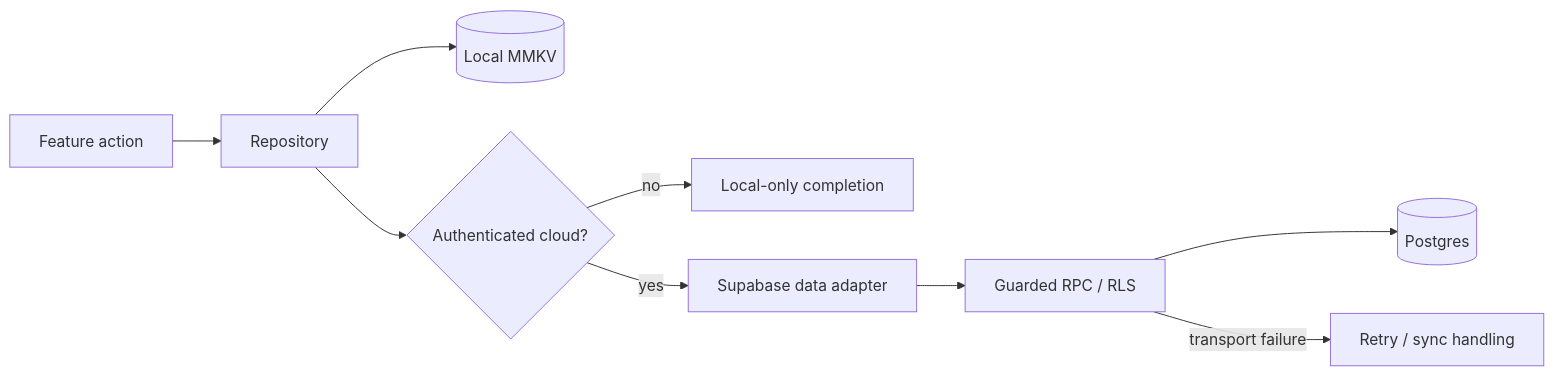
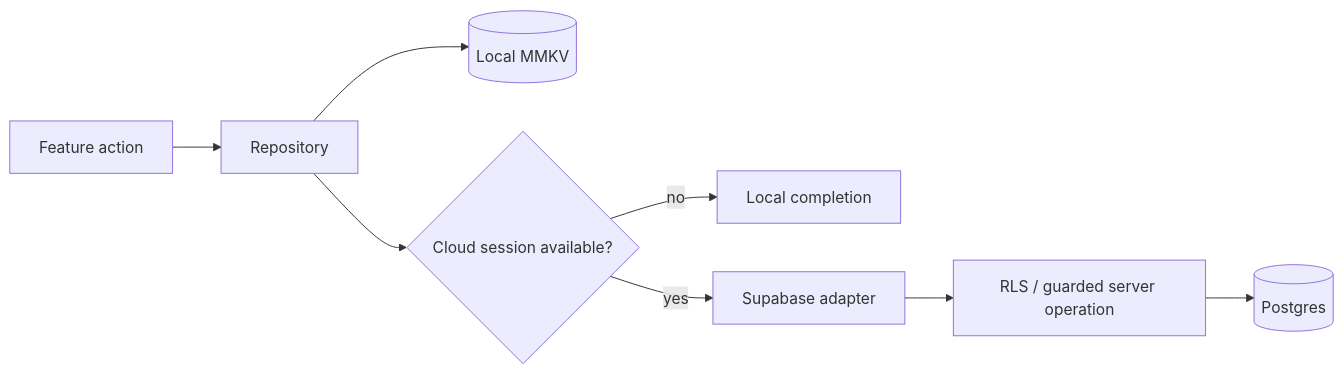
The third of 3 diagrams in docs/ARCHITECTURE.md (momaoalo/halaty-project-showcase), drawn with Mermaid before and after one commit. The commit also changed other lines of this file, not shown here.

Commit message:
Refine architecture documentation for portfolio review

````diff
--- a/docs/ARCHITECTURE.md
+++ b/docs/ARCHITECTURE.md
@@ -123,11 +107,10 @@
 ```mermaid
 flowchart LR
     A[Feature action] --> B[Repository]
     B --> C[(Local MMKV)]
-    B --> D{Authenticated cloud?}
-    D -- no --> E[Local-only completion]
-    D -- yes --> F[Supabase data adapter]
-    F --> G[Guarded RPC / RLS]
+    B --> D{Cloud session available?}
+    D -- no --> E[Local completion]
+    D -- yes --> F[Supabase adapter]
+    F --> G[RLS / guarded server operation]
     G --> H[(Postgres)]
-    G -->|transport failure| Q[Retry / sync handling]
 ```
````
